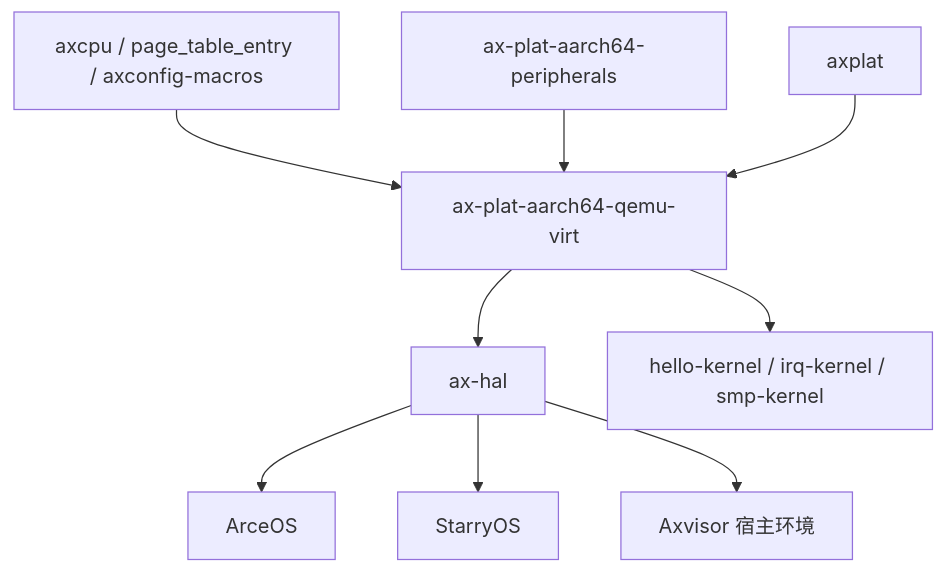
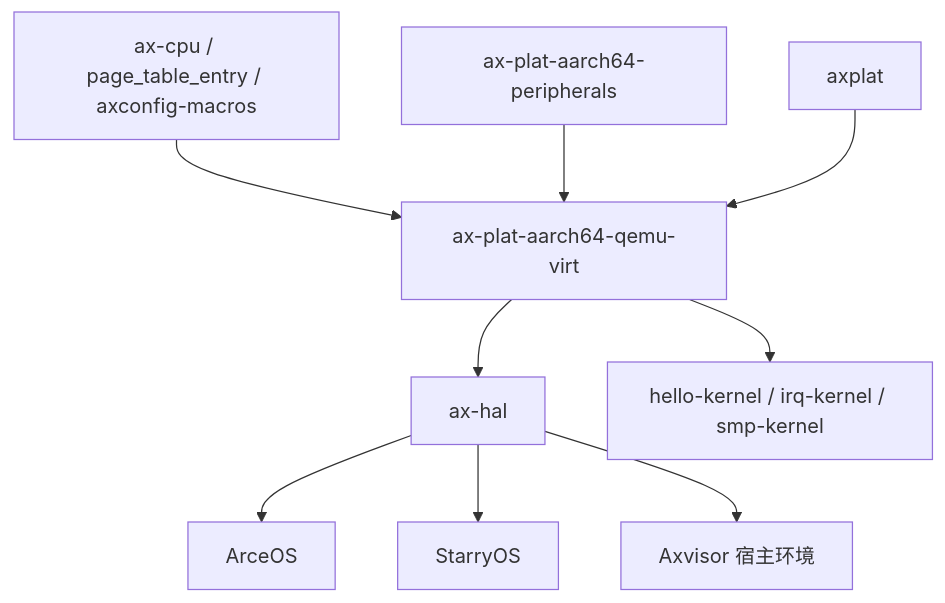
Before and after one commit to zKurisu/tgoskits: the second of 2 diagrams in docs/crates/ax-plat-aarch64-qemu-virt.md, drawn with Mermaid. The commit also changed other lines of this file and 106 other files, not shown here.

Commit message:
rename axcpu to ax-cpu

````diff
--- a/docs/crates/ax-plat-aarch64-qemu-virt.md
+++ b/docs/crates/ax-plat-aarch64-qemu-virt.md
@@ -216,11 +216,11 @@
 ```mermaid
 graph TD
-    A[axcpu / page_table_entry / axconfig-macros] --> B[ax-plat-aarch64-qemu-virt]
+    A[ax-cpu / page_table_entry / axconfig-macros] --> B[ax-plat-aarch64-qemu-virt]
     C[ax-plat-aarch64-peripherals] --> B
     D[axplat] --> B
     B --> E[ax-hal]
     B --> F[hello-kernel / irq-kernel / smp-kernel]
     E --> G[ArceOS]
     E --> H[StarryOS]
     E --> I[Axvisor 宿主环境]
 ```
````
